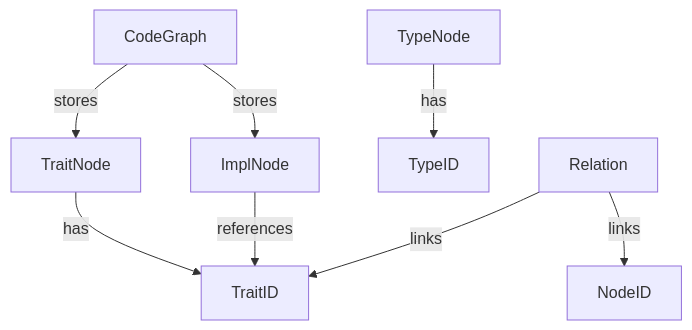
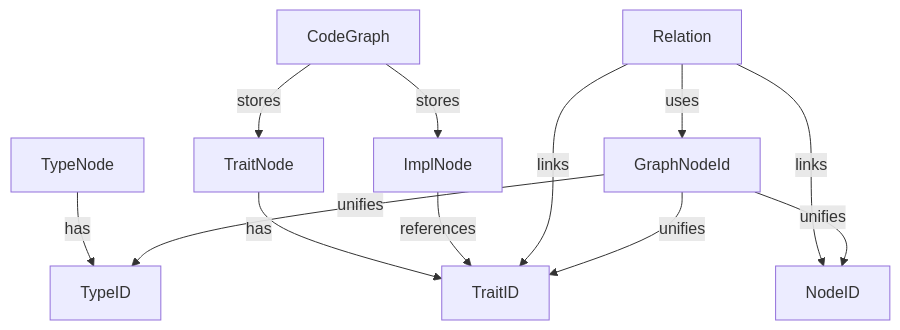
One commit to josephleblanc/syn_parser changed the diagram in docs/ai_notes/id_refactor/track_id_refactor.md. Above: the diagram before and after it, drawn with Mermaid. The commit also changed 1 other file, not shown here.

Commit message:
feat: Introduce GraphNodeId and conversions for unified IDs

````diff
--- a/docs/ai_notes/id_refactor/track_id_refactor.md
+++ b/docs/ai_notes/id_refactor/track_id_refactor.md
@@ -63,10 +63,14 @@
 ```mermaid
 graph TD
     TraitNode -->|has| TraitID
     ImplNode -->|references| TraitID
     TypeNode -->|has| TypeID
     Relation -->|links| NodeID
     Relation -->|links| TraitID
     CodeGraph -->|stores| TraitNode
     CodeGraph -->|stores| ImplNode
+    GraphNodeId -->|unifies| NodeID
+    GraphNodeId -->|unifies| TraitID
+    GraphNodeId -->|unifies| TypeID
+    Relation -->|uses| GraphNodeId
 ```
````
